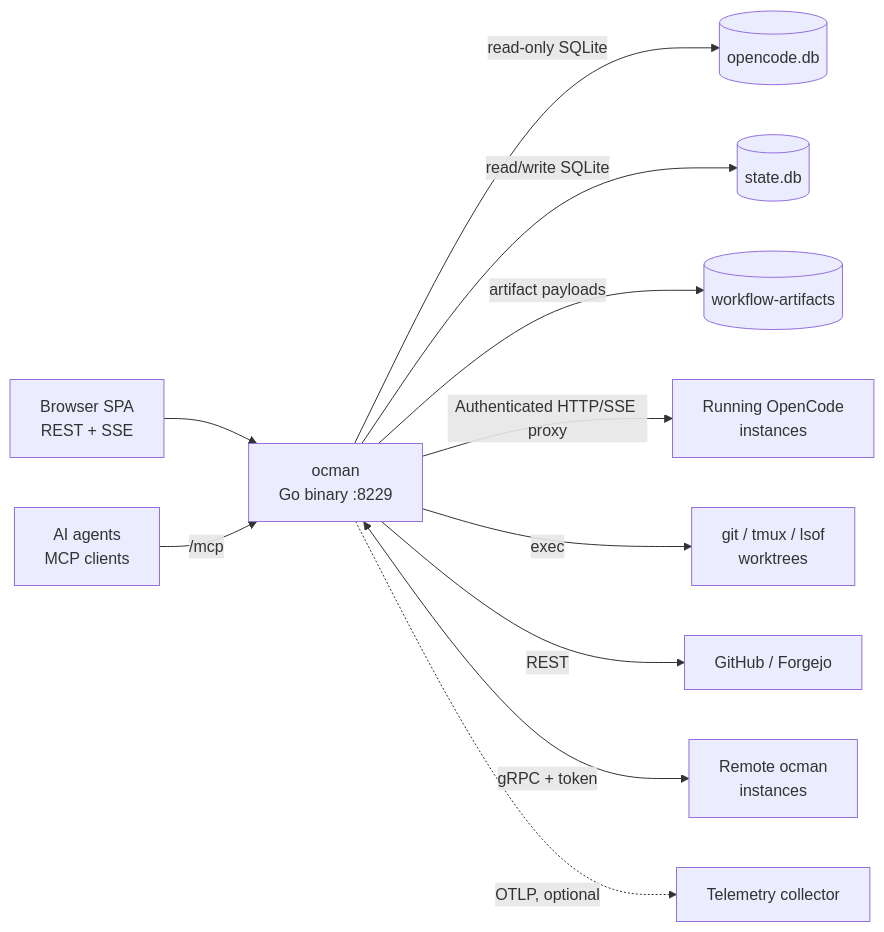
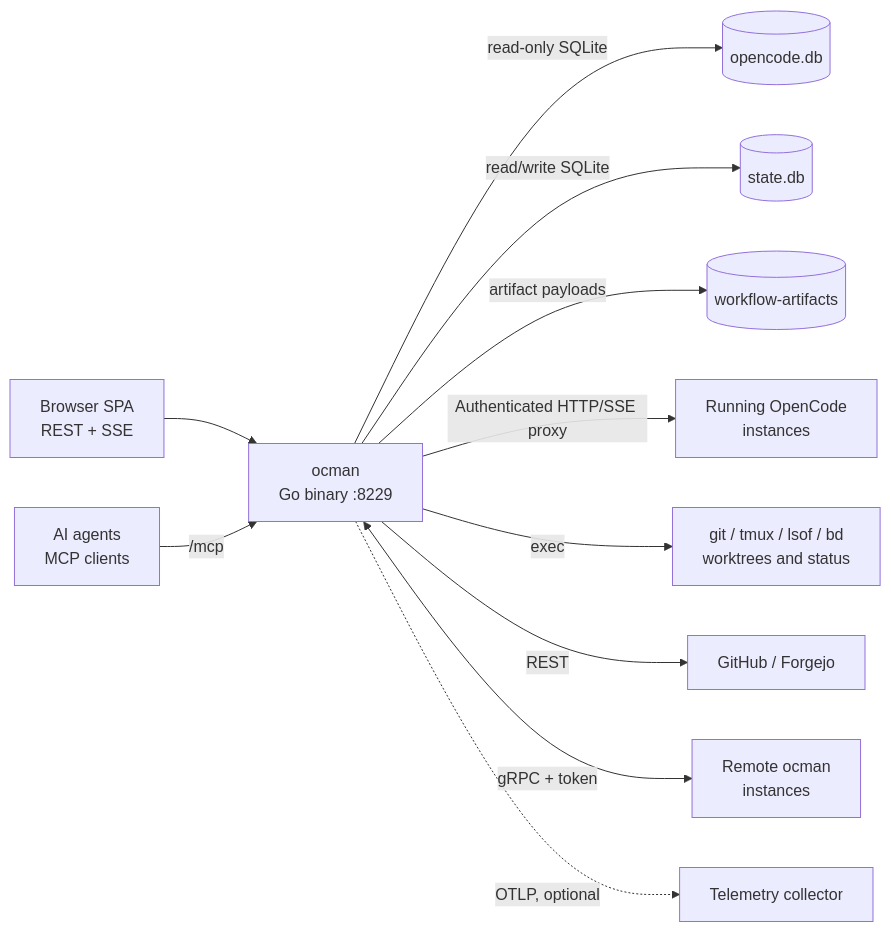
One commit to ocman/ocman changed the first of 4 diagrams in docs/architecture.md. Above: the diagram before and after it, drawn with Mermaid. The commit also changed other lines of this file and 28 other files, not shown here.

````diff
--- a/docs/architecture.md
+++ b/docs/architecture.md
@@ -15,13 +15,13 @@
 ```mermaid
 flowchart LR
     Browser[Browser SPA<br/>REST + SSE] --> Ocman[ocman<br/>Go binary :8229]
     Agent[AI agents<br/>MCP clients] -->|/mcp| Ocman
     Ocman -->|read-only SQLite| OCDB[(opencode.db)]
     Ocman -->|read/write SQLite| StateDB[(state.db)]
     Ocman -->|artifact payloads| Blobs[(workflow-artifacts)]
     Ocman -->|Authenticated HTTP/SSE proxy| OCInst[Running OpenCode<br/>instances]
-    Ocman -->|exec| Shell[git / tmux / lsof<br/>worktrees]
+    Ocman -->|exec| Shell[git / tmux / lsof / bd<br/>worktrees and status]
     Ocman -->|REST| Forges[GitHub / Forgejo]
     Ocman <-->|gRPC + token| Remotes[Remote ocman<br/>instances]
     Ocman -.->|OTLP, optional| Otel[Telemetry collector]
 ```
````
